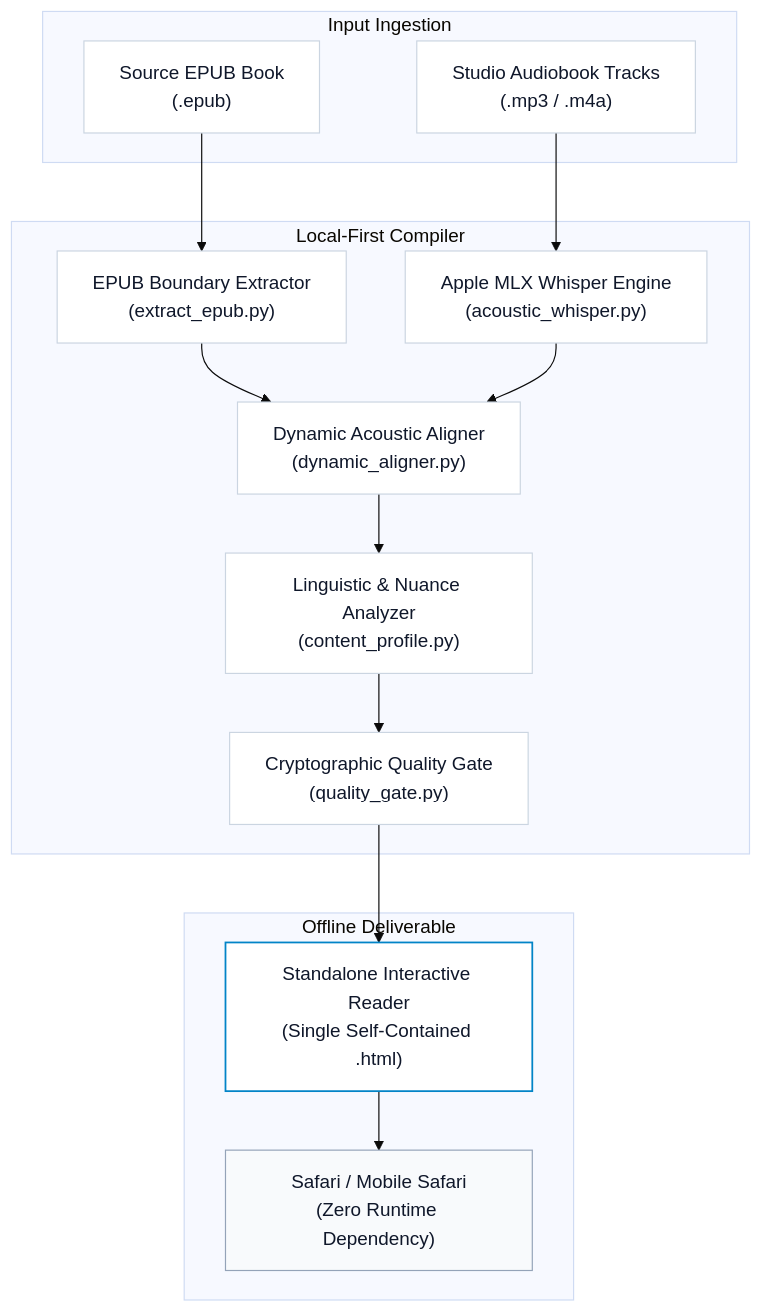
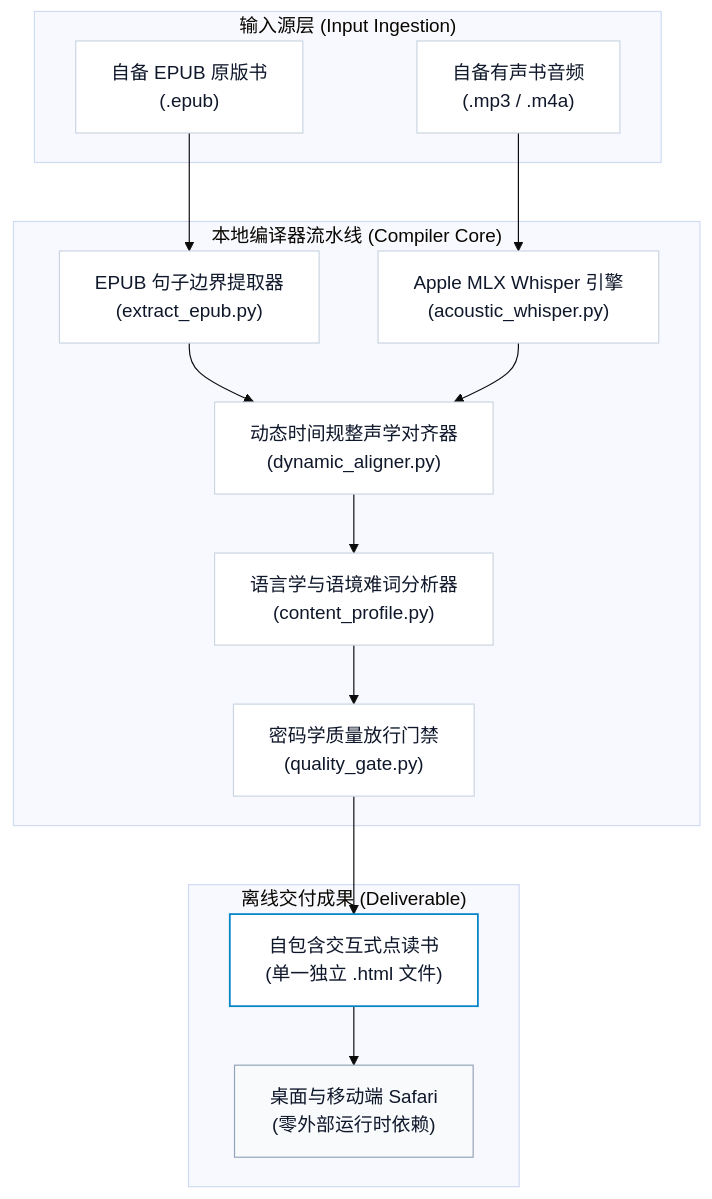
One commit to chase-yuan/bilingual-audiobook-compiler changed the diagram in README.md. Above: the diagram before and after it, drawn with Mermaid (base theme). The commit also changed other lines of this file and 1 other file, not shown here.

````diff
--- a/README.md
+++ b/README.md
@@ -45,31 +62,31 @@
 ```mermaid
 flowchart TD
-    subgraph "Input Ingestion"
-        A["Source EPUB Book<br>(.epub)"]
-        B["Studio Audiobook Tracks<br>(.mp3 / .m4a)"]
+    subgraph "输入源层 (Input Ingestion)"
+        A["自备 EPUB 原版书<br>(.epub)"]
+        B["自备有声书音频<br>(.mp3 / .m4a)"]
     end
 
-    subgraph "Local-First Compiler"
-        A --> C["EPUB Boundary Extractor<br>(extract_epub.py)"]
-        B --> D["Apple MLX Whisper Engine<br>(acoustic_whisper.py)"]
-        C --> E["Dynamic Acoustic Aligner<br>(dynamic_aligner.py)"]
+    subgraph "本地编译器流水线 (Compiler Core)"
+        A --> C["EPUB 句子边界提取器<br>(extract_epub.py)"]
+        B --> D["Apple MLX Whisper 引擎<br>(acoustic_whisper.py)"]
+        C --> E["动态时间规整声学对齐器<br>(dynamic_aligner.py)"]
         D --> E
-        E --> F["Linguistic & Nuance Analyzer<br>(content_profile.py)"]
-        F --> G["Cryptographic Quality Gate<br>(quality_gate.py)"]
+        E --> F["语言学与语境难词分析器<br>(content_profile.py)"]
+        F --> G["密码学质量放行门禁<br>(quality_gate.py)"]
     end
 
-    subgraph "Offline Deliverable"
-        G --> H["Standalone Interactive Reader<br>(Single Self-Contained .html)"]
-        H --> I["Safari / Mobile Safari<br>(Zero Runtime Dependency)"]
+    subgraph "离线交付成果 (Deliverable)"
+        G --> H["自包含交互式点读书<br>(单一独立 .html 文件)"]
+        H --> I["桌面与移动端 Safari<br>(零外部运行时依赖)"]
     end
 
     style A fill:#ffffff,stroke:#cbd5e1,stroke-width:1px,color:#0f172a
     style B fill:#ffffff,stroke:#cbd5e1,stroke-width:1px,color:#0f172a
     style C fill:#ffffff,stroke:#cbd5e1,stroke-width:1px,color:#0f172a
     style D fill:#ffffff,stroke:#cbd5e1,stroke-width:1px,color:#0f172a
     style E fill:#ffffff,stroke:#cbd5e1,stroke-width:1px,color:#0f172a
     style F fill:#ffffff,stroke:#cbd5e1,stroke-width:1px,color:#0f172a
     style G fill:#ffffff,stroke:#cbd5e1,stroke-width:1px,color:#0f172a
     style H fill:#ffffff,stroke:#0284c7,stroke-width:1.5px,color:#0f172a
     style I fill:#f8fafc,stroke:#94a3b8,stroke-width:1px,color:#0f172a
 ```
````
